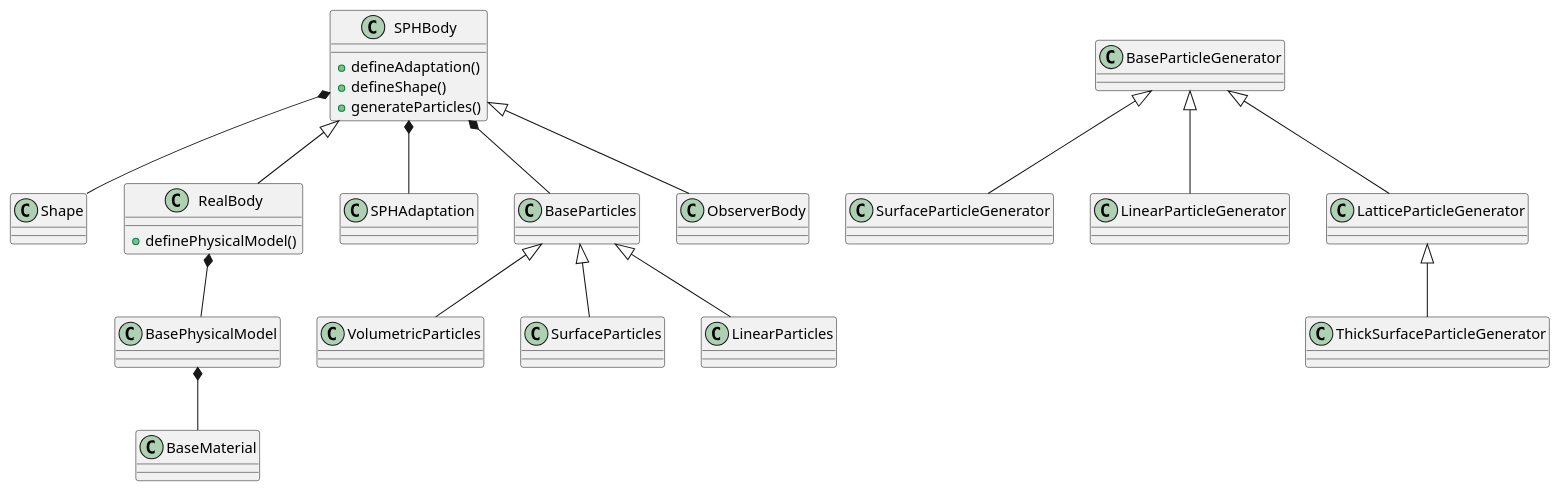
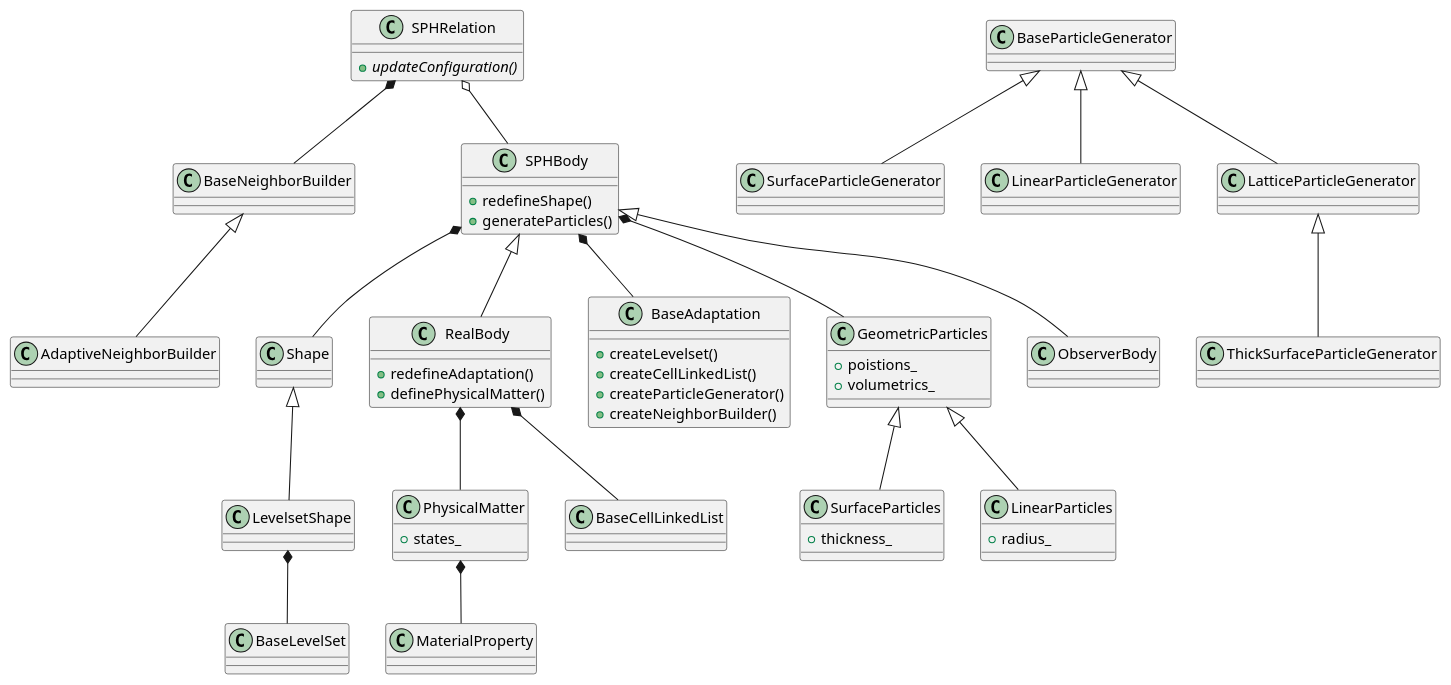
The diagram in modeling.puml (Xiangyu-Hu/SPHinXsys_design), drawn with PlantUML before and after one commit.

Commit message:
add more functions in classes

```diff
--- a/modeling.puml
+++ b/modeling.puml
@@ -1,30 +1,54 @@
 @startuml
-class Shape  
+class Shape 
+Shape <|-- LevelsetShape
+LevelsetShape *-- BaseLevelSet 
+class SPHRelation {
+   {abstract} +updateConfiguration()
+}
+SPHRelation *-- BaseNeighborBuilder
+SPHRelation o-- SPHBody
+class BaseNeighborBuilder
+BaseNeighborBuilder <|-- AdaptiveNeighborBuilder
 class SPHBody{
-    +defineAdaptation()
-    +defineShape()
+    +redefineShape()
     +generateParticles()
 }
 class RealBody{
-    +definePhysicalModel()    
+    +redefineAdaptation()
+    +definePhysicalMatter()    
+}
+class BaseAdaptation{
+    +createLevelset() 
+    +createCellLinkedList()
+    +createParticleGenerator()
+    +createNeighborBuilder()    
 }
 class BaseParticleGenerator
 BaseParticleGenerator <|-- SurfaceParticleGenerator
-class SPHAdaptation
-class BaseParticles
-class VolumetricParticles
-class SurfaceParticles
-BaseParticles <|-- VolumetricParticles
-BaseParticles <|-- SurfaceParticles
-BaseParticles <|-- LinearParticles
+class GeometricParticles {
+    +poistions_
+    +volumetrics_
+}
+class SurfaceParticles {
+    +thickness_
+}
+class LinearParticles {
+    +radius_
+}
+GeometricParticles <|-- SurfaceParticles
+GeometricParticles <|-- LinearParticles
 BaseParticleGenerator <|-- LinearParticleGenerator
 BaseParticleGenerator <|-- LatticeParticleGenerator
 LatticeParticleGenerator <|-- ThickSurfaceParticleGenerator
 SPHBody *-- Shape
-SPHBody *-- BaseParticles
-RealBody *-- BasePhysicalModel
-SPHBody *-- SPHAdaptation
+SPHBody *-- GeometricParticles
+class PhysicalMatter {
+    +states_
+}
+RealBody *-- BaseCellLinkedList
+RealBody *-- PhysicalMatter
+SPHBody *-- BaseAdaptation
 SPHBody <|-- RealBody
 SPHBody <|-- ObserverBody
-BasePhysicalModel *-- BaseMaterial
+PhysicalMatter *-- MaterialProperty
 @enduml
```
